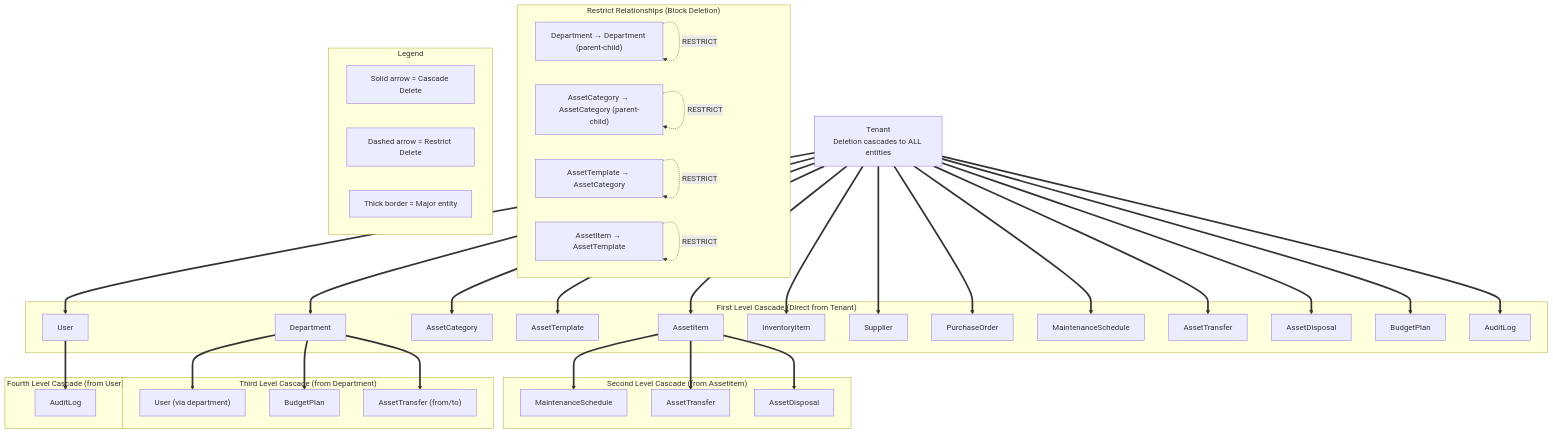
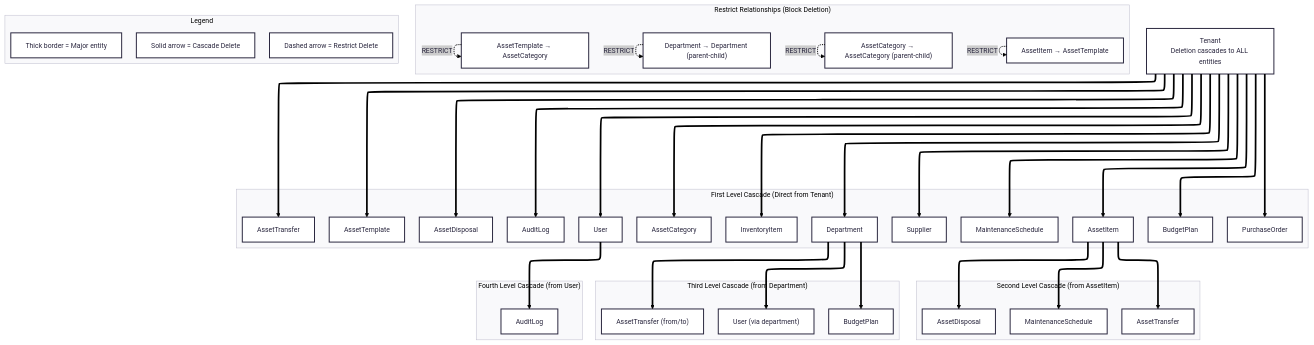
One commit to philongdanh/asset-manager changed the second of 2 diagrams in docs/architecture/05-cascade-rules.md. Above: the diagram before and after it, drawn with Mermaid. The commit also changed other lines of this file and 9 other files, not shown here.

````diff
--- a/docs/architecture/05-cascade-rules.md
+++ b/docs/architecture/05-cascade-rules.md
@@ -103,12 +59,13 @@
 ```mermaid
+---
+config:
+  layout: elk
+  theme: redux
+  themeVariables:
+    fontFamily: EB Garamond
+---
 flowchart TB
-    %% ========================================================
-    %% COMPLETE CASCADE HIERARCHY
-    %% ========================================================
-    
-    Tenant["Tenant<br>Deletion cascades to ALL entities"]
-    
-    subgraph "First Level Cascade (Direct from Tenant)"
+ subgraph subGraph0["First Level Cascade (Direct from Tenant)"]
         A1["Department"]
         A2["User"]
         A3["AssetCategory"]
@@ -122,72 +79,37 @@
         A11["AssetDisposal"]
         A12["BudgetPlan"]
         A13["AuditLog"]
-    end
-    
-    subgraph "Second Level Cascade (from AssetItem)"
+  end
+ subgraph subGraph1["Second Level Cascade (from AssetItem)"]
         B1["MaintenanceSchedule"]
         B2["AssetTransfer"]
         B3["AssetDisposal"]
-    end
-    
-    subgraph "Third Level Cascade (from Department)"
+  end
+ subgraph subGraph2["Third Level Cascade (from Department)"]
         C1["User (via department)"]
         C2["BudgetPlan"]
         C3["AssetTransfer (from/to)"]
-    end
-    
-    subgraph "Fourth Level Cascade (from User)"
+  end
+ subgraph subGraph3["Fourth Level Cascade (from User)"]
         D1["AuditLog"]
-    end
-    
-    subgraph "Restrict Relationships (Block Deletion)"
+  end
+ subgraph subGraph4["Restrict Relationships (Block Deletion)"]
         R1["Department → Department (parent-child)"]
         R2["AssetCategory → AssetCategory (parent-child)"]
         R3["AssetTemplate → AssetCategory"]
         R4["AssetItem → AssetTemplate"]
-    end
-    
-    %% ========================================================
-    %% RELATIONSHIP FLOWS
-    %% ========================================================
-    
-    Tenant ==> A1
-    Tenant ==> A2
-    Tenant ==> A3
-    Tenant ==> A4
-    Tenant ==> A5
-    Tenant ==> A6
-    Tenant ==> A7
-    Tenant ==> A8
-    Tenant ==> A9
-    Tenant ==> A10
-    Tenant ==> A11
-    Tenant ==> A12
-    Tenant ==> A13
-    
-    A5 ==> B1
-    A5 ==> B2
-    A5 ==> B3
-    
-    A1 ==> C1
-    A1 ==> C2
-    A1 ==> C3
-    
-    A2 ==> D1
-    
-    %% Restrict relationships (dashed lines)
-    R1 -.->|"RESTRICT"| R1
-    R2 -.->|"RESTRICT"| R2
-    R3 -.->|"RESTRICT"| R3
-    R4 -.->|"RESTRICT"| R4
-    
-    %% ========================================================
-    %% LEGEND
-    %% ========================================================
-    
-    subgraph Legend["Legend"]
+  end
+ subgraph Legend["Legend"]
         L1["Solid arrow = Cascade Delete"]
         L2["Dashed arrow = Restrict Delete"]
         L3["Thick border = Major entity"]
-    end
+  end
+    Tenant["Tenant<br>Deletion cascades to ALL entities"] ==> A1 & A2 & A3 & A4 & A5 & A6 & A7 & A8 & A9 & A10 & A11 & A12 & A13
+    A5 ==> B1 & B2 & B3
+    A1 ==> C1 & C2 & C3
+    A2 ==> D1
+    R1 -. RESTRICT .-> R1
+    R2 -. RESTRICT .-> R2
+    R3 -. RESTRICT .-> R3
+    R4 -. RESTRICT .-> R4
 ```
````
